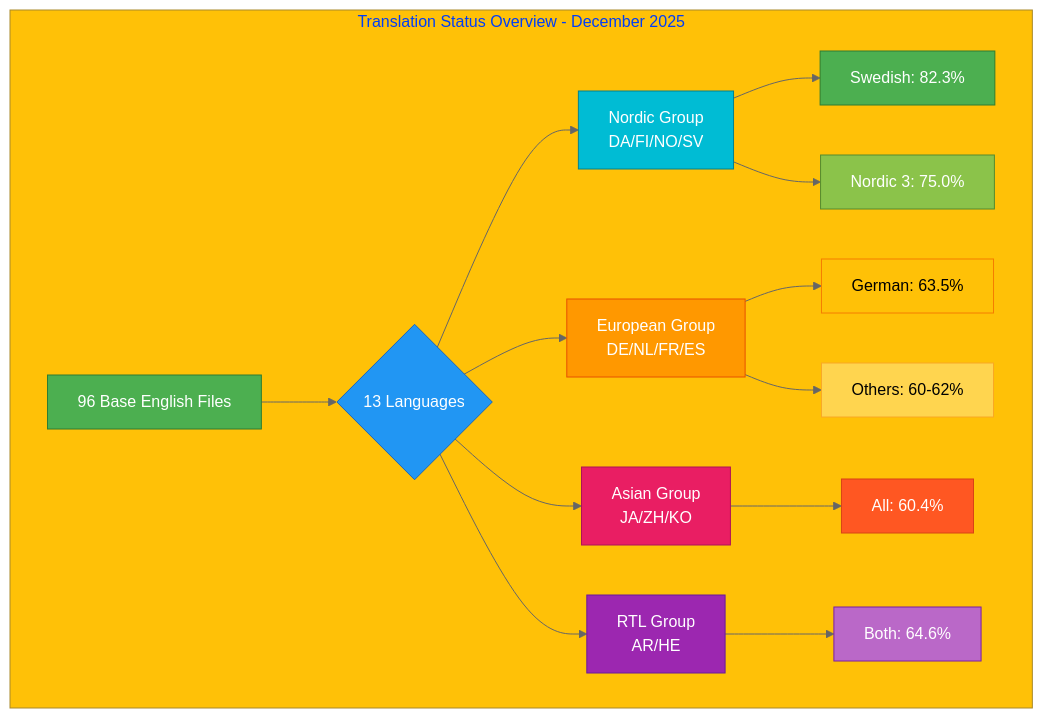
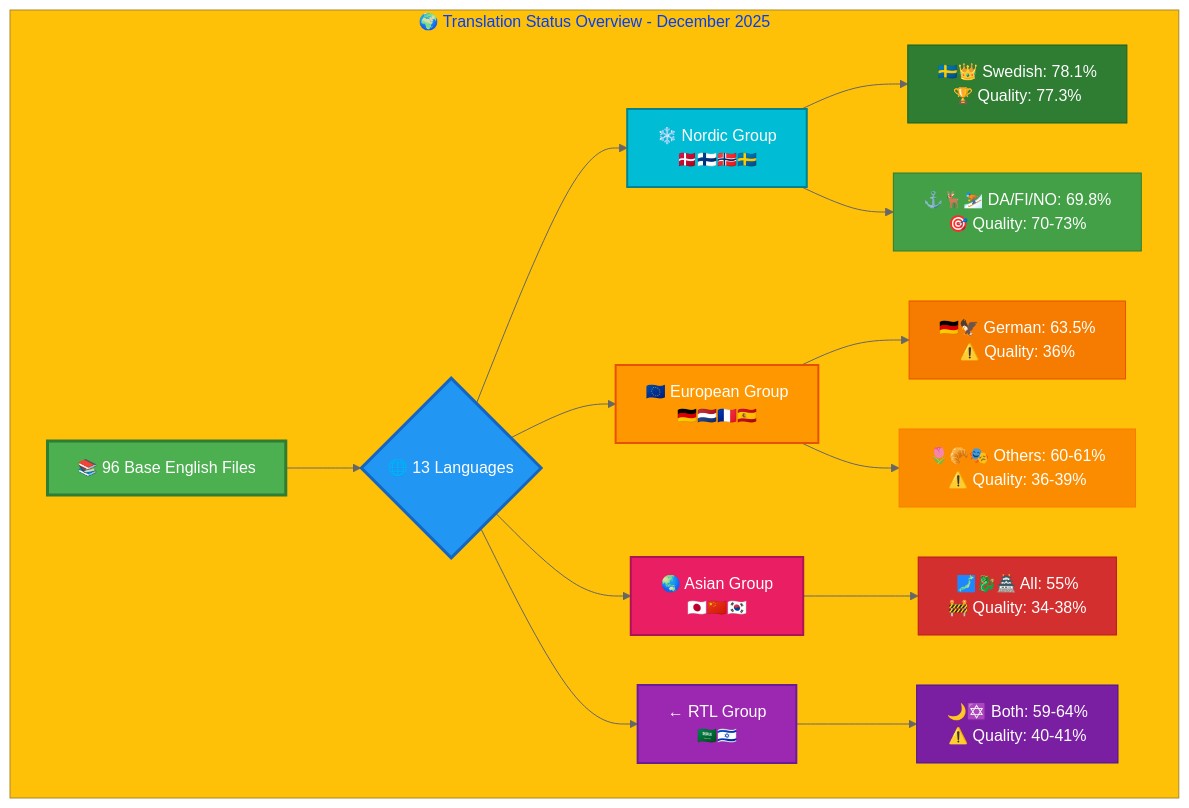
One commit to Hack23/homepage changed the first of 2 diagrams in TRANSLATION_DOCUMENTATION_README.md. Above: the diagram before and after it, drawn with Mermaid. The commit also changed other lines of this file and 26 other files, not shown here.

Commit message:
Complete validation & enhancement: icons, color-coded Mermaid diagrams, accuracy verified for all 26 files

````diff
--- a/TRANSLATION_DOCUMENTATION_README.md
+++ b/TRANSLATION_DOCUMENTATION_README.md
@@ -52,34 +52,34 @@
 ```mermaid
-%%{init: {'theme':'base', 'themeVariables': { 'primaryColor':'#4CAF50','primaryTextColor':'#fff','primaryBorderColor':'#2E7D32','lineColor':'#666','secondaryColor':'#2196F3','tertiaryColor':'#FFC107'}}}%%
+%%{init: {'theme':'base', 'themeVariables': { 'primaryColor':'#4CAF50','primaryTextColor':'#fff','primaryBorderColor':'#2E7D32','lineColor':'#666','secondaryColor':'#2196F3','tertiaryColor':'#FFC107','fontSize':'16px'}}}%%
 graph TB
-    subgraph "Translation Status Overview - December 2025"
-        A[96 Base English Files] --> B{13 Languages}
-        B --> C[Nordic Group<br/>DA/FI/NO/SV]
-        B --> D[European Group<br/>DE/NL/FR/ES]
-        B --> E[Asian Group<br/>JA/ZH/KO]
-        B --> F[RTL Group<br/>AR/HE]
+    subgraph "🌍 Translation Status Overview - December 2025"
+        A["📚 96 Base English Files"] --> B{"🌐 13 Languages"}
+        B --> C["❄️ Nordic Group<br/>🇩🇰🇫🇮🇳🇴🇸🇪"]
+        B --> D["🇪🇺 European Group<br/>🇩🇪🇳🇱🇫🇷🇪🇸"]
+        B --> E["🌏 Asian Group<br/>🇯🇵🇨🇳🇰🇷"]
+        B --> F["← RTL Group<br/>🇸🇦🇮🇱"]
         
-        C --> C1[Swedish: 82.3%]
-        C --> C2[Nordic 3: 75.0%]
+        C --> C1["🇸🇪👑 Swedish: 78.1%<br/>🏆 Quality: 77.3%"]
+        C --> C2["⚓🦌⛷️ DA/FI/NO: 69.8%<br/>🎯 Quality: 70-73%"]
         
-        D --> D1[German: 63.5%]
-        D --> D2[Others: 60-62%]
+        D --> D1["🇩🇪🦅 German: 63.5%<br/>⚠️  Quality: 36%"]
+        D --> D2["🌷🥐🎭 Others: 60-61%<br/>⚠️  Quality: 36-39%"]
         
-        E --> E1[All: 60.4%]
+        E --> E1["🗾🐉🏯 All: 55%<br/>🚧 Quality: 34-38%"]
         
-        F --> F1[Both: 64.6%]
+        F --> F1["🌙✡️ Both: 59-64%<br/>⚠️  Quality: 40-41%"]
         
-        style A fill:#4CAF50,stroke:#2E7D32,color:#fff
-        style B fill:#2196F3,stroke:#1565C0,color:#fff
-        style C fill:#00BCD4,stroke:#00838F,color:#fff
-        style D fill:#FF9800,stroke:#E65100,color:#fff
-        style E fill:#E91E63,stroke:#AD1457,color:#fff
-        style F fill:#9C27B0,stroke:#6A1B9A,color:#fff
-        style C1 fill:#4CAF50,stroke:#2E7D32,color:#fff
-        style C2 fill:#8BC34A,stroke:#558B2F,color:#fff
-        style D1 fill:#FFC107,stroke:#F57C00,color:#000
-        style D2 fill:#FFD54F,stroke:#F9A825,color:#000
-        style E1 fill:#FF5722,stroke:#D84315,color:#fff
-        style F1 fill:#BA68C8,stroke:#7B1FA2,color:#fff
+        style A fill:#4CAF50,stroke:#2E7D32,color:#fff,stroke-width:3px
+        style B fill:#2196F3,stroke:#1565C0,color:#fff,stroke-width:3px
+        style C fill:#00BCD4,stroke:#00838F,color:#fff,stroke-width:2px
+        style D fill:#FF9800,stroke:#E65100,color:#fff,stroke-width:2px
+        style E fill:#E91E63,stroke:#AD1457,color:#fff,stroke-width:2px
+        style F fill:#9C27B0,stroke:#6A1B9A,color:#fff,stroke-width:2px
+        style C1 fill:#2E7D32,stroke:#1B5E20,color:#fff
+        style C2 fill:#43A047,stroke:#2E7D32,color:#fff
+        style D1 fill:#F57C00,stroke:#E65100,color:#fff
+        style D2 fill:#FB8C00,stroke:#F57C00,color:#fff
+        style E1 fill:#D32F2F,stroke:#B71C1C,color:#fff
+        style F1 fill:#7B1FA2,stroke:#4A148C,color:#fff
     end
 ```
````
